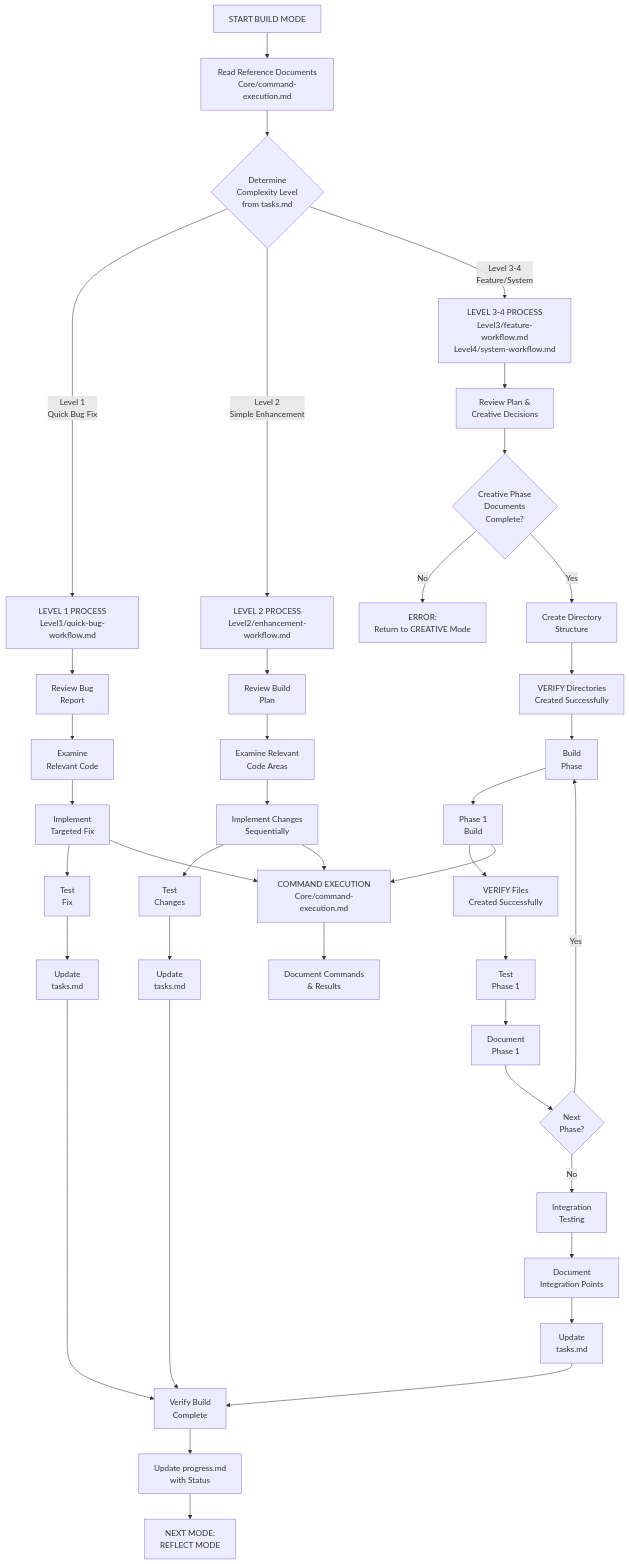
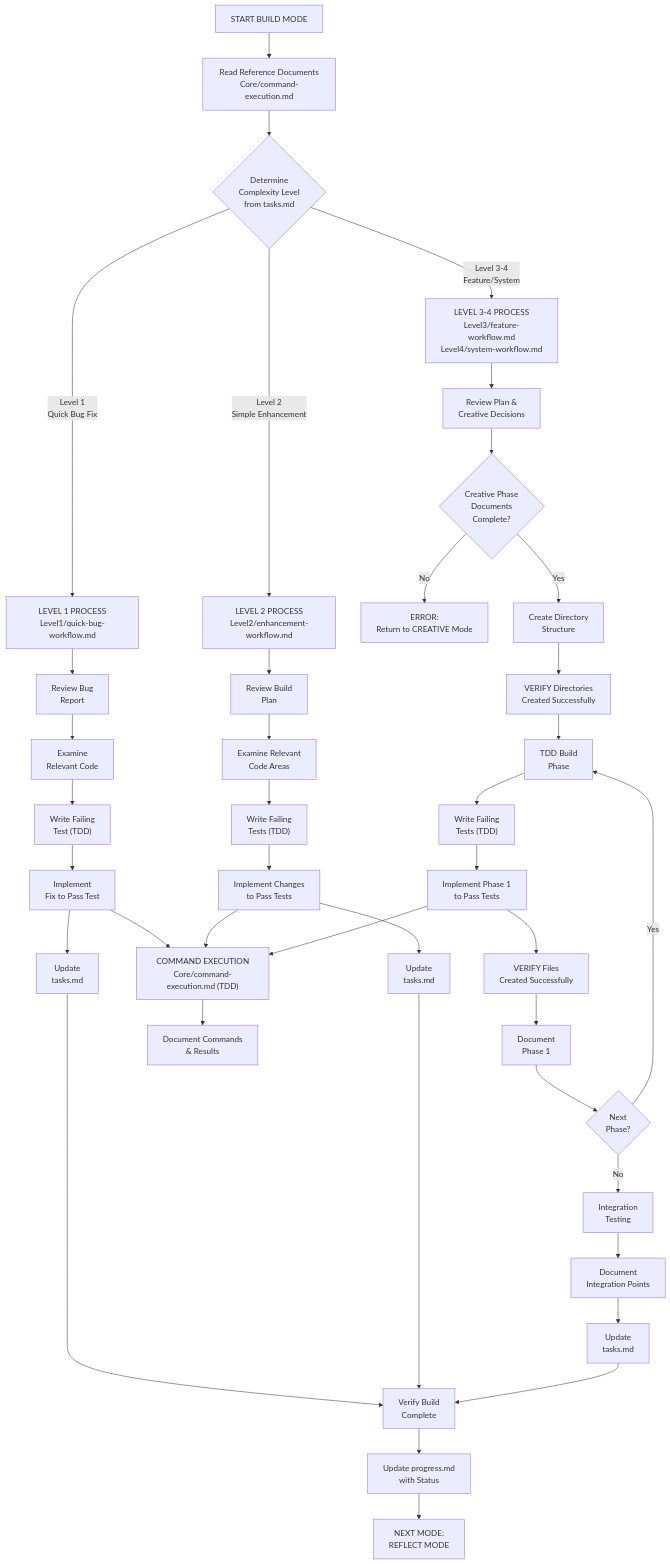
Before and after one commit to Texarkanine/.cursor-rules: the first of 5 diagrams in rulesets/niko/niko/visual-maps/build-mode-map.mdc, drawn with Mermaid. The commit also changed other lines of this file and 14 other files, not shown here.

````diff
--- a/rulesets/niko/niko/visual-maps/build-mode-map.mdc
+++ b/rulesets/niko/niko/visual-maps/build-mode-map.mdc
@@ -13,54 +13,54 @@
 ```mermaid
 graph TD
     Start["START BUILD MODE"] --> ReadDocs["Read Reference Documents<br>Core/command-execution.md"]
     
     %% Initialization
     ReadDocs --> CheckLevel{"Determine<br>Complexity Level<br>from tasks.md"}
     
-    %% Level 1 Implementation
+    %% Level 1 Implementation (TDD)
     CheckLevel -->|"Level 1<br>Quick Bug Fix"| L1Process["LEVEL 1 PROCESS<br>Level1/quick-bug-workflow.md"]
     L1Process --> L1Review["Review Bug<br>Report"]
     L1Review --> L1Examine["Examine<br>Relevant Code"]
-    L1Examine --> L1Fix["Implement<br>Targeted Fix"]
-    L1Fix --> L1Test["Test<br>Fix"]
-    L1Test --> L1Update["Update<br>tasks.md"]
+    L1Examine --> L1Test["Write Failing<br>Test (TDD)"]
+    L1Test --> L1Fix["Implement<br>Fix to Pass Test"]
+    L1Fix --> L1Update["Update<br>tasks.md"]
     
-    %% Level 2 Implementation
+    %% Level 2 Implementation (TDD)
     CheckLevel -->|"Level 2<br>Simple Enhancement"| L2Process["LEVEL 2 PROCESS<br>Level2/enhancement-workflow.md"]
     L2Process --> L2Review["Review Build<br>Plan"]
     L2Review --> L2Examine["Examine Relevant<br>Code Areas"]
-    L2Examine --> L2Implement["Implement Changes<br>Sequentially"]
-    L2Implement --> L2Test["Test<br>Changes"]
-    L2Test --> L2Update["Update<br>tasks.md"]
+    L2Examine --> L2Test["Write Failing<br>Tests (TDD)"]
+    L2Test --> L2Implement["Implement Changes<br>to Pass Tests"]
+    L2Implement --> L2Update["Update<br>tasks.md"]
     
-    %% Level 3-4 Implementation
+    %% Level 3-4 Implementation (TDD)
     CheckLevel -->|"Level 3-4<br>Feature/System"| L34Process["LEVEL 3-4 PROCESS<br>Level3/feature-workflow.md<br>Level4/system-workflow.md"]
     L34Process --> L34Review["Review Plan &<br>Creative Decisions"]
     L34Review --> L34Phase{"Creative Phase<br>Documents<br>Complete?"}
     
     L34Phase -->|"No"| L34Error["ERROR:<br>Return to CREATIVE Mode"]
     L34Phase -->|"Yes"| L34DirSetup["Create Directory<br>Structure"]
     L34DirSetup --> L34VerifyDirs["VERIFY Directories<br>Created Successfully"]
-    L34VerifyDirs --> L34Implementation["Build<br>Phase"]
+    L34VerifyDirs --> L34Implementation["TDD Build<br>Phase"]
     
-    %% Implementation Phases
-    L34Implementation --> L34Phase1["Phase 1<br>Build"]
+    %% Implementation Phases (TDD)
+    L34Implementation --> L34Test1["Write Failing<br>Tests (TDD)"]
+    L34Test1 --> L34Phase1["Implement Phase 1<br>to Pass Tests"]
     L34Phase1 --> L34VerifyFiles["VERIFY Files<br>Created Successfully"]
-    L34VerifyFiles --> L34Test1["Test<br>Phase 1"]
-    L34Test1 --> L34Document1["Document<br>Phase 1"]
+    L34VerifyFiles --> L34Document1["Document<br>Phase 1"]
     L34Document1 --> L34Next1{"Next<br>Phase?"}
     L34Next1 -->|"Yes"| L34Implementation
     
     L34Next1 -->|"No"| L34Integration["Integration<br>Testing"]
     L34Integration --> L34Document["Document<br>Integration Points"]
     L34Document --> L34Update["Update<br>tasks.md"]
     
     %% Command Execution
-    L1Fix & L2Implement & L34Phase1 --> CommandExec["COMMAND EXECUTION<br>Core/command-execution.md"]
+    L1Fix & L2Implement & L34Phase1 --> CommandExec["COMMAND EXECUTION<br>Core/command-execution.md (TDD)"]
     CommandExec --> DocCommands["Document Commands<br>& Results"]
     
     %% Completion & Transition
     L1Update & L2Update & L34Update --> VerifyComplete["Verify Build<br>Complete"]
     VerifyComplete --> UpdateProgress["Update progress.md<br>with Status"]
     UpdateProgress --> Transition["NEXT MODE:<br>REFLECT MODE"]
 ```
````
